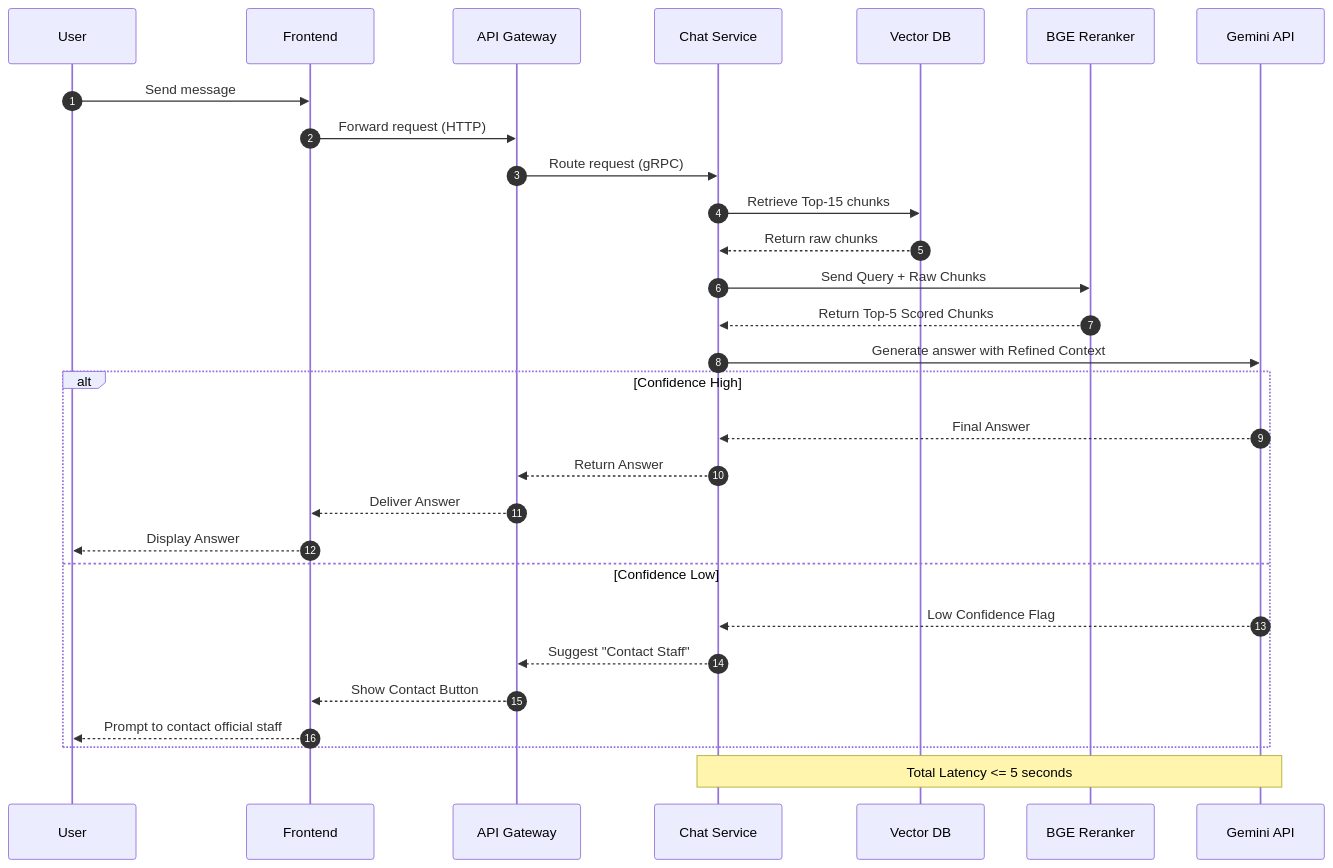
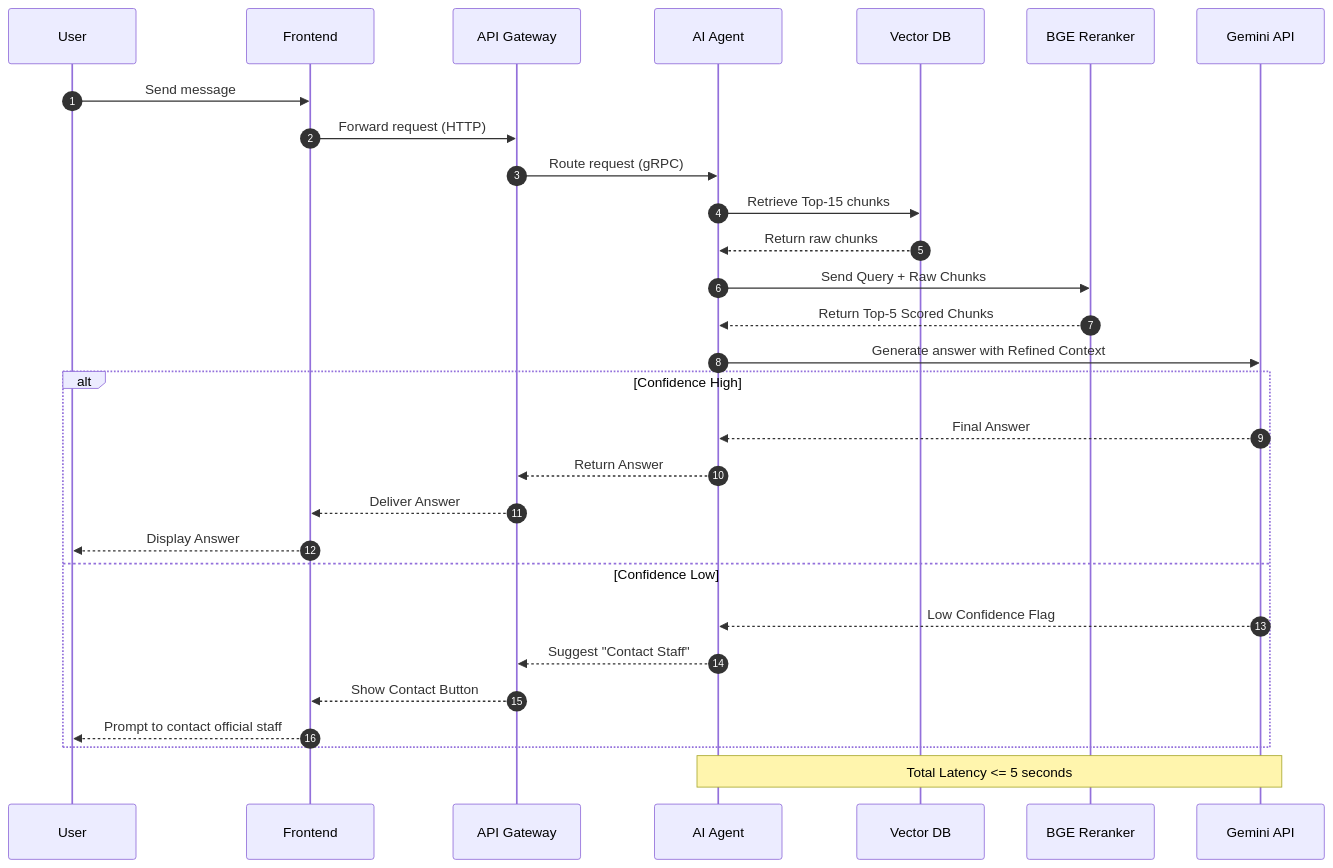
Before and after one commit to Alarm24/PhonphaiChatbot: the diagram in diagram/Sequence.mmd, drawn with Mermaid. The commit also changed 9 other files, not shown here.

Commit message:
[ADD]updateDiagram

```diff
--- a/diagram/Sequence.mmd
+++ b/diagram/Sequence.mmd
@@ -1,32 +1,32 @@
 sequenceDiagram
     participant U as User
     participant F as Frontend
     participant A as API Gateway
-    participant C as Chat Service
+    participant C as AI Agent
     participant V as Vector DB
     participant B as BGE Reranker
     participant G as Gemini API
 
     autonumber
     U->>F: Send message
     F->>A: Forward request (HTTP)
     A->>C: Route request (gRPC)
     C->>V: Retrieve Top-15 chunks
     V-->>C: Return raw chunks
     C->>B: Send Query + Raw Chunks
     B-->>C: Return Top-5 Scored Chunks
     C->>G: Generate answer with Refined Context
 
     alt Confidence High
         G-->>C: Final Answer
         C-->>A: Return Answer
         A-->>F: Deliver Answer
         F-->>U: Display Answer
     else Confidence Low
         G-->>C: Low Confidence Flag
         C-->>A: Suggest "Contact Staff"
         A-->>F: Show Contact Button
         F-->>U: Prompt to contact official staff
     end
 
     Note over C, G: Total Latency <= 5 seconds
```
